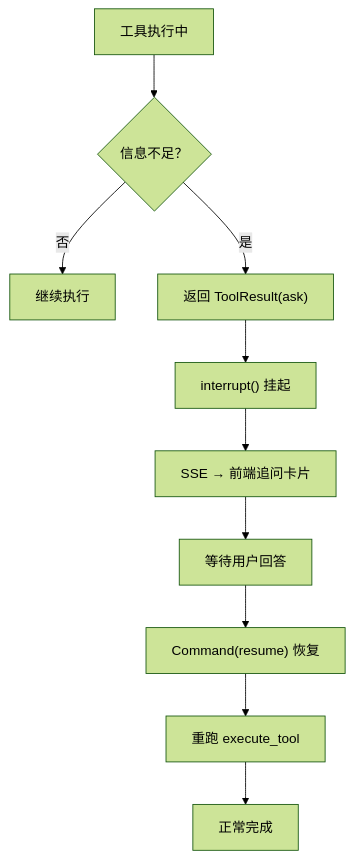
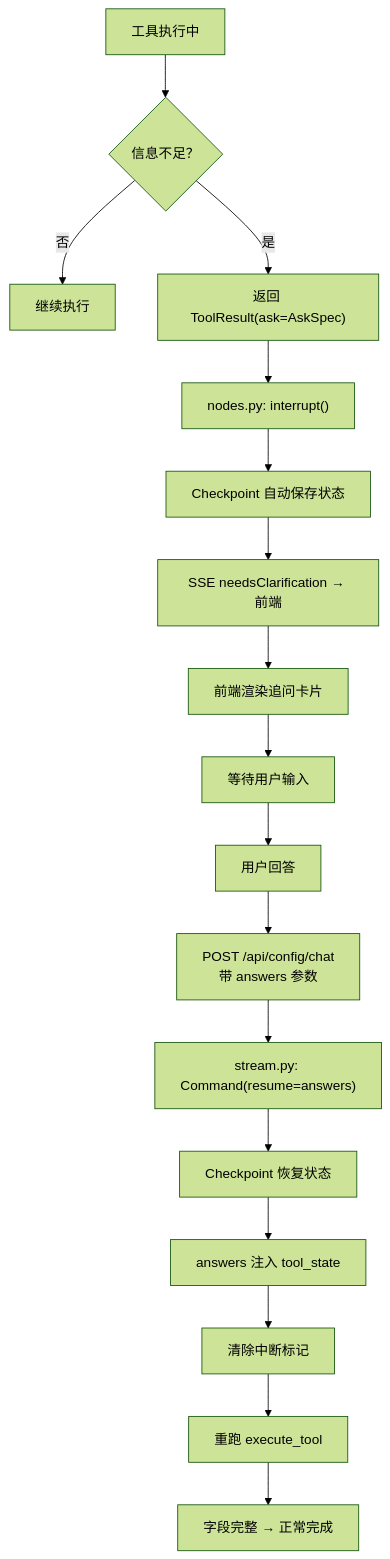
Diagram 23 of 33 in doc/系统架构与学习指南.md (996Code/llm-to-modeler), drawn with Mermaid (forest theme) before and after one commit. The commit also changed other lines of this file and 82 other files, not shown here.

````diff
--- a/doc/系统架构与学习指南.md
+++ b/doc/系统架构与学习指南.md
@@ -548,12 +766,21 @@
 ```mermaid
 flowchart TD
     Execute["工具执行中"] --> Need{"信息不足？"}
     Need -->|否| Continue["继续执行"]
-    Need -->|是| Ask["返回 ToolResult(ask)"]
-    Ask --> Interrupt["interrupt() 挂起"]
-    Interrupt --> SSE["SSE → 前端追问卡片"]
-    SSE --> Wait["等待用户回答"]
-    Wait --> Resume["Command(resume) 恢复"]
-    Resume --> Rerun["重跑 execute_tool"]
-    Rerun --> Complete["正常完成"]
+    Need -->|是| Ask["返回 ToolResult(ask=AskSpec)"]
+
+    Ask --> Interrupt["nodes.py: interrupt()"]
+    Interrupt --> Save["Checkpoint 自动保存状态"]
+    Save --> SSE["SSE needsClarification → 前端"]
+    SSE --> Card["前端渲染追问卡片"]
+    Card --> Wait["等待用户输入"]
+
+    Wait --> Answer["用户回答"]
+    Answer --> Post["POST /api/config/chat<br/>带 answers 参数"]
+    Post --> Resume["stream.py: Command(resume=answers)"]
+    Resume --> Restore["Checkpoint 恢复状态"]
+    Restore --> Inject["answers 注入 tool_state"]
+    Inject --> Clear["清除中断标记"]
+    Clear --> Rerun["重跑 execute_tool"]
+    Rerun --> Complete["字段完整 → 正常完成"]
 ```
````
